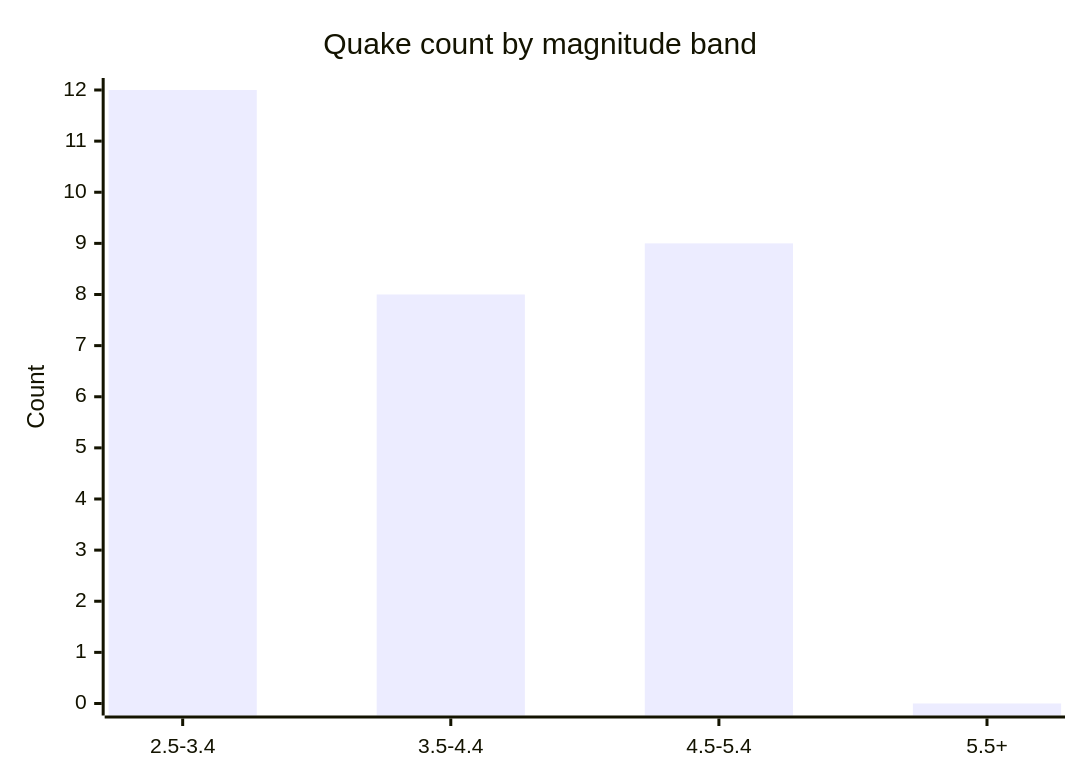
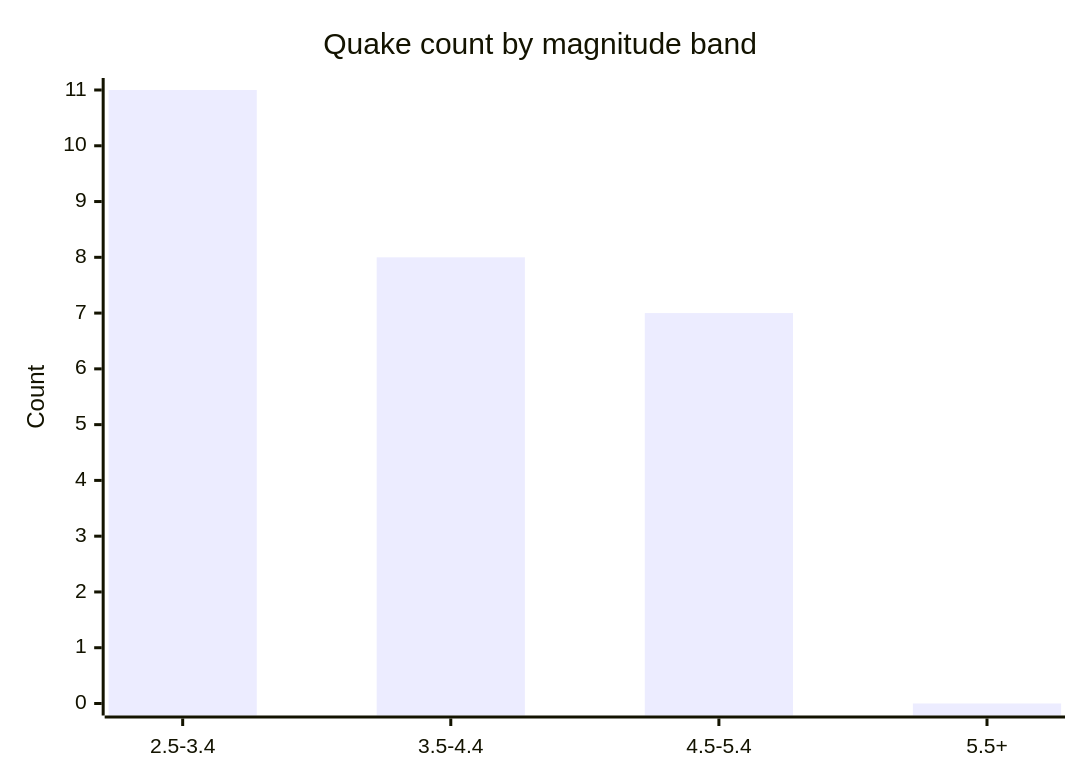
One commit to Midwest-Stratospheric/aerostratospheric-defense-gir changed the fifth of 6 diagrams in docs/GRAPHS.md. Above: the diagram before and after it, drawn with Mermaid. The commit also changed other lines of this file and 21 other files, not shown here.

````diff
--- a/docs/GRAPHS.md
+++ b/docs/GRAPHS.md
@@ -82,7 +82,7 @@
 ```mermaid
 xychart-beta
   title "Quake count by magnitude band"
   x-axis ["2.5-3.4", "3.5-4.4", "4.5-5.4", "5.5+"]
-  y-axis "Count" 0 --> 12
-  bar [12, 8, 9, 0]
+  y-axis "Count" 0 --> 11
+  bar [11, 8, 7, 0]
 ```
````
